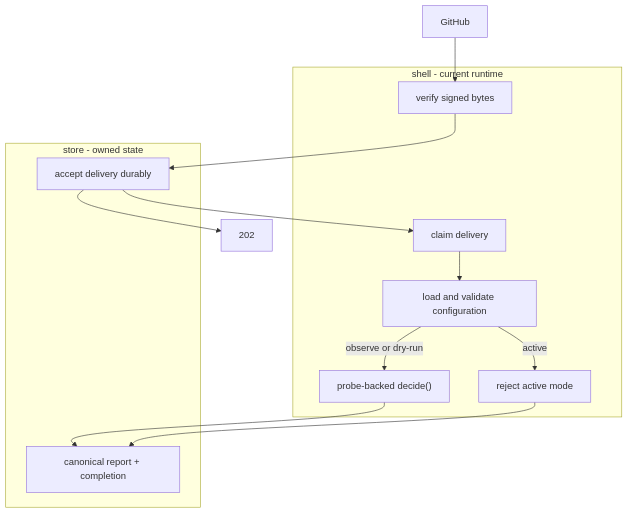
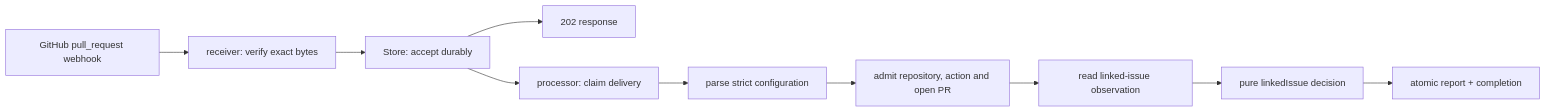
Before and after one commit to cheese-cakee/sdk-automations: the diagram in design/architecture.md, drawn with Mermaid. The commit also changed other lines of this file and 11 other files, not shown here.

Commit message:
fix: tighten linked issue stage contracts

````diff
--- a/design/architecture.md
+++ b/design/architecture.md
@@ -65,19 +29,12 @@
 ```mermaid
-flowchart TB
-    GH["GitHub"]
-    subgraph SHELL["shell - current runtime"]
-        VERIFY["verify signed bytes"]
-        CLAIM["claim delivery"]
-        CFG["load and validate configuration"]
-        DECIDE["probe-backed decide()"]
-        UNSUPPORTED["reject active mode"]
-    end
-    subgraph STORE["store - owned state"]
-        ACCEPT["accept delivery durably"]
-        COMPLETE["canonical report + completion"]
-    end
-    GH --> VERIFY --> ACCEPT --> ACK["202"]
-    ACCEPT --> CLAIM --> CFG
-    CFG -->|observe or dry-run| DECIDE --> COMPLETE
-    CFG -->|active| UNSUPPORTED --> COMPLETE
+flowchart LR
+    GH["GitHub pull_request webhook"] --> RX["receiver: verify exact bytes"]
+    RX --> STORE["Store: accept durably"]
+    STORE --> ACK["202 response"]
+    STORE --> CLAIM["processor: claim delivery"]
+    CLAIM --> CFG["parse strict configuration"]
+    CFG --> ADMIT["admit repository, action and open PR"]
+    ADMIT --> READ["read linked-issue observation"]
+    READ --> DECIDE["pure linkedIssue decision"]
+    DECIDE --> DONE["atomic report + completion"]
 ```
````
